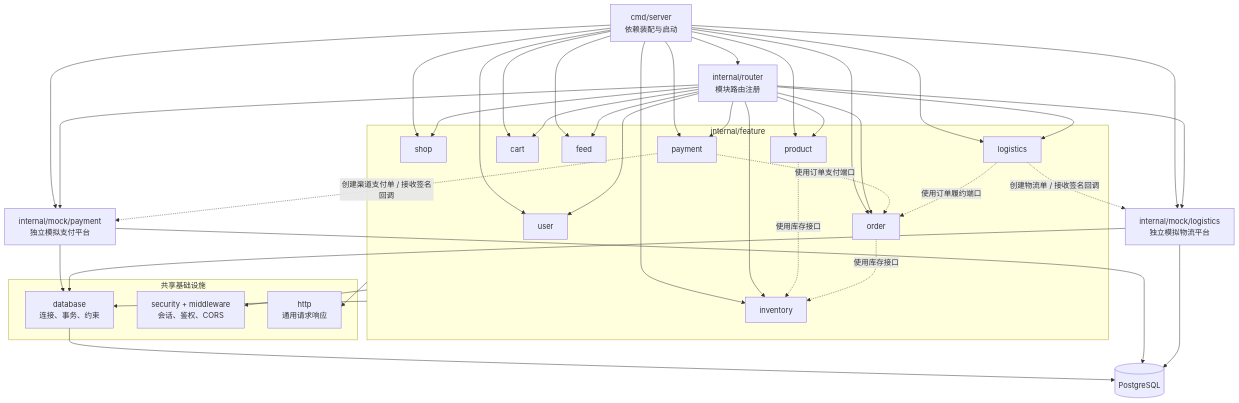
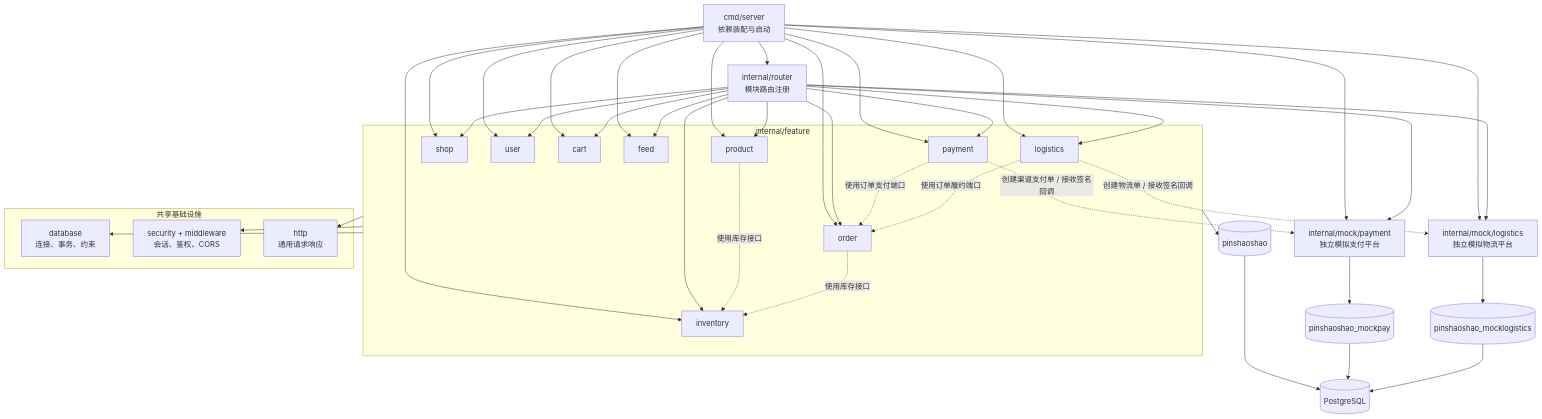
Before and after one commit to QingKong996/pinshaoshao: the second of 5 diagrams in architecture.md, drawn with Mermaid. The commit also changed other lines of this file and 57 other files, not shown here.

````diff
--- a/architecture.md
+++ b/architecture.md
@@ -28,69 +28,70 @@
 ```mermaid
 flowchart TB
     Main[cmd/server<br/>依赖装配与启动]
     Router[internal/router<br/>模块路由注册]
 
     subgraph Features[internal/feature]
         User[user]
         Shop[shop]
         Product[product]
         Inventory[inventory]
         Cart[cart]
         Feed[feed]
         Order[order]
         Payment[payment]
         Logistics[logistics]
     end
 
     MockPayment[internal/mock/payment<br/>独立模拟支付平台]
     MockLogistics[internal/mock/logistics<br/>独立模拟物流平台]
 
     subgraph Shared[共享基础设施]
         DatabaseLayer[database<br/>连接、事务、约束]
         Security[security + middleware<br/>会话、鉴权、CORS]
         HTTPLayer[http<br/>通用请求响应]
     end
 
     PostgreSQL[(PostgreSQL)]
 
     Main --> Router
     Main --> User
     Main --> Shop
     Main --> Product
     Main --> Inventory
     Main --> Cart
     Main --> Feed
     Main --> Order
     Main --> Payment
     Main --> Logistics
     Main --> MockPayment
     Main --> MockLogistics
 
     Router --> User
     Router --> Shop
     Router --> Product
     Router --> Inventory
     Router --> Cart
     Router --> Feed
     Router --> Order
     Router --> Payment
     Router --> Logistics
     Router --> MockPayment
     Router --> MockLogistics
 
     Product -. 使用库存接口 .-> Inventory
     Order -. 使用库存接口 .-> Inventory
     Payment -. 使用订单支付端口 .-> Order
     Logistics -. 使用订单履约端口 .-> Order
     Payment -. 创建渠道支付单 / 接收签名回调 .-> MockPayment
     Logistics -. 创建物流单 / 接收签名回调 .-> MockLogistics
 
     Features --> DatabaseLayer
     Features --> Security
     Features --> HTTPLayer
-    MockPayment --> DatabaseLayer
-    DatabaseLayer --> PostgreSQL
-    MockPayment --> PostgreSQL
-    MockLogistics --> DatabaseLayer
-    MockLogistics --> PostgreSQL
+    Features --> mainDB[(pinshaoshao)]
+    MockPayment --> mockPayDB[(pinshaoshao_mockpay)]
+    MockLogistics --> mockLogisticsDB[(pinshaoshao_mocklogistics)]
+    mainDB --> PostgreSQL
+    mockPayDB --> PostgreSQL
+    mockLogisticsDB --> PostgreSQL
 ```
````
